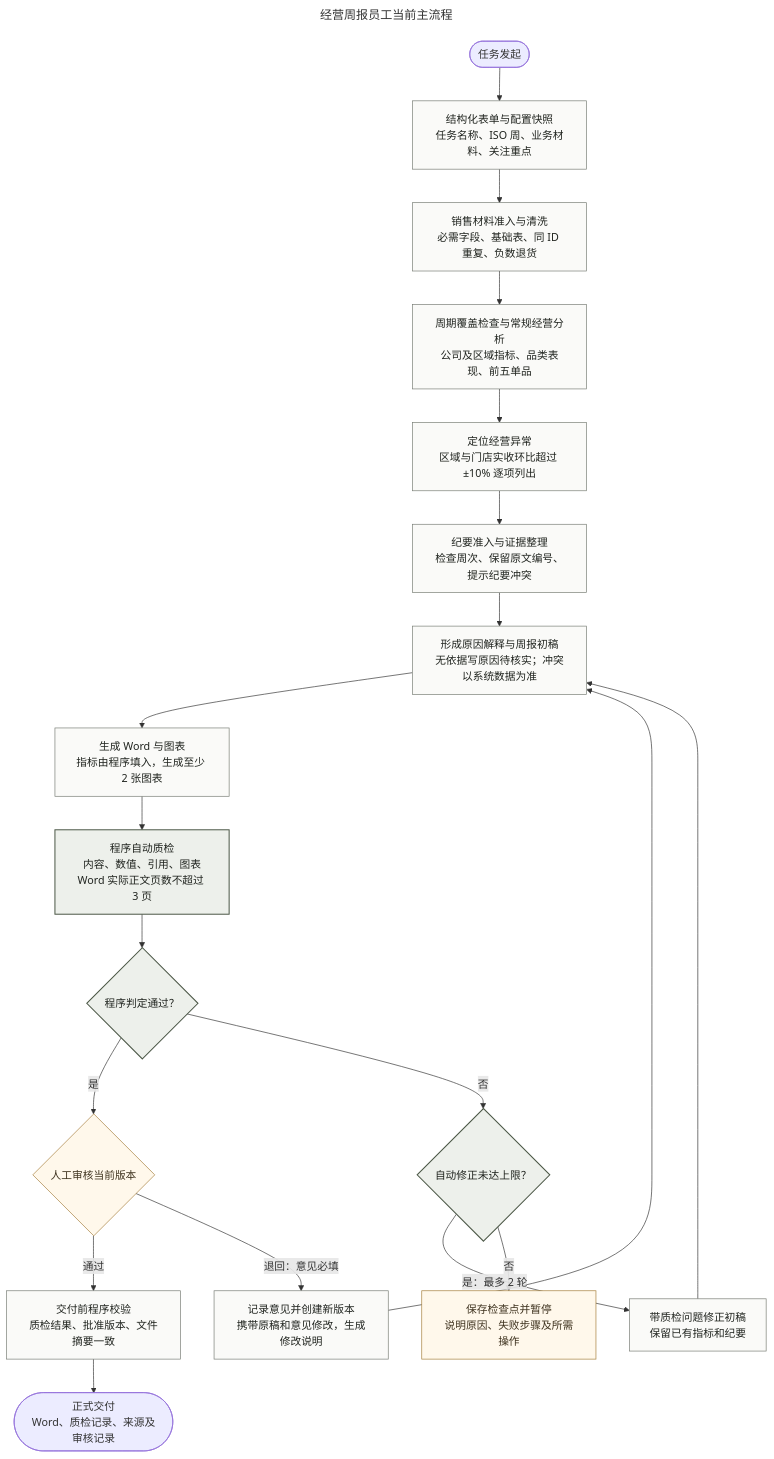
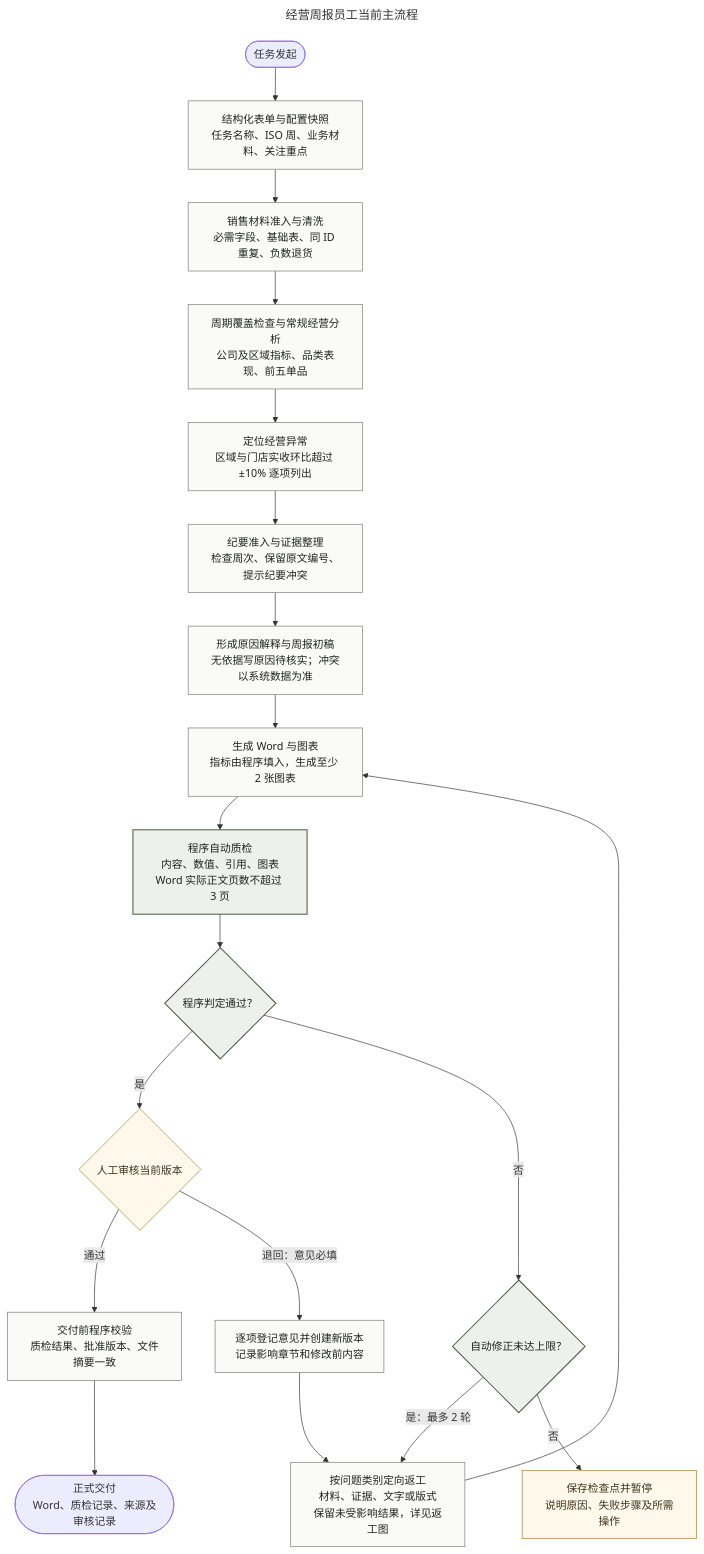
The diagram in docs/diagrams/weekly-report-current.mmd (woliekaile47/weekly-report-agent), drawn with Mermaid before and after one commit. The commit also changed 42 other files, not shown here.

```diff
--- a/docs/diagrams/weekly-report-current.mmd
+++ b/docs/diagrams/weekly-report-current.mmd
@@ -1,33 +1,33 @@
 ---
 title: 经营周报员工当前主流程
 ---
 flowchart TB
     accTitle: 经营周报员工当前业务流程
-    accDescr: 主流程从上到下，自动修正和人工退回返回分析步骤；缺材料、故障及超限进入暂停。常规分析和异常定位属于同一计算节点的业务展开。
+    accDescr: 主流程从上到下，自动修正和人工退回进入定向返工，再生成文件与重新质检；缺材料、故障及超限进入暂停。常规分析和异常定位属于同一计算节点的业务展开。
 
     START([任务发起]) --> FORM["结构化表单与配置快照<br/>任务名称、ISO 周、业务材料、关注重点"]
     FORM --> INGEST["销售材料准入与清洗<br/>必需字段、基础表、同 ID 重复、负数退货"]
     INGEST --> CALCULATE["周期覆盖检查与常规经营分析<br/>公司及区域指标、品类表现、前五单品"]
     CALCULATE --> ANOMALY["定位经营异常<br/>区域与门店实收环比超过 ±10% 逐项列出"]
     ANOMALY --> EVIDENCE["纪要准入与证据整理<br/>检查周次、保留原文编号、提示纪要冲突"]
     EVIDENCE --> ANALYZE["形成原因解释与周报初稿<br/>无依据写原因待核实；冲突以系统数据为准"]
     ANALYZE --> RENDER["生成 Word 与图表<br/>指标由程序填入，生成至少 2 张图表"]
     RENDER --> QUALITY["程序自动质检<br/>内容、数值、引用、图表<br/>Word 实际正文页数不超过 3 页"]
     QUALITY --> PASS{"程序判定通过？"}
     PASS -->|是| HUMAN{"人工审核当前版本"}
     HUMAN -->|通过| FINALIZE["交付前程序校验<br/>质检结果、批准版本、文件摘要一致"]
     FINALIZE --> DONE(["正式交付<br/>Word、质检记录、来源及审核记录"])
 
     PASS -->|否| LIMIT{"自动修正未达上限？"}
-    LIMIT -->|是：最多 2 轮| REPAIR["带质检问题修正初稿<br/>保留已有指标和纪要"]
-    REPAIR --> ANALYZE
+    LIMIT -->|是：最多 2 轮| REPAIR["按问题类别定向返工<br/>材料、证据、文字或版式<br/>保留未受影响结果，详见返工图"]
+    REPAIR --> RENDER
     LIMIT -->|否| PAUSE["保存检查点并暂停<br/>说明原因、失败步骤及所需操作"]
-    HUMAN -->|退回：意见必填| REVISE["记录意见并创建新版本<br/>携带原稿和意见修改，生成修改说明"]
-    REVISE --> ANALYZE
+    HUMAN -->|退回：意见必填| REVISE["逐项登记意见并创建新版本<br/>记录影响章节和修改前内容"]
+    REVISE --> REPAIR
 
     classDef main fill:#fafaf8,stroke:#777c74,color:#20241f,stroke-width:1px;
     classDef gate fill:#edf0eb,stroke:#4c5847,color:#20241f,stroke-width:1.5px;
     classDef manual fill:#fff8eb,stroke:#a47d39,color:#3e321e,stroke-width:1px;
     class FORM,INGEST,CALCULATE,ANOMALY,EVIDENCE,ANALYZE,RENDER,REPAIR,REVISE,FINALIZE main;
     class QUALITY,PASS,LIMIT gate;
     class HUMAN,PAUSE manual;
```
